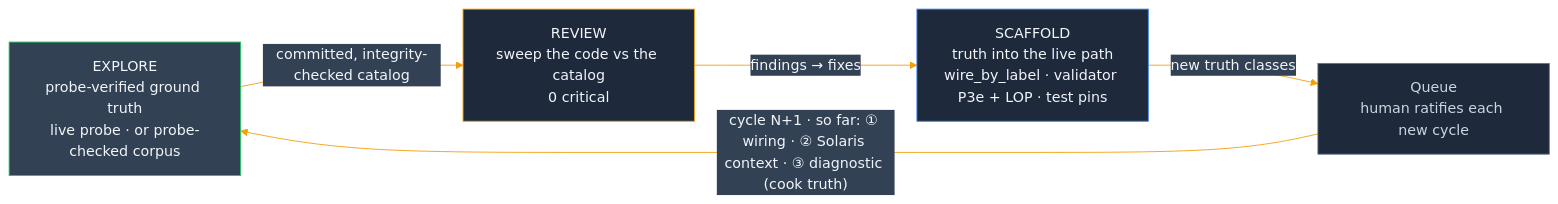
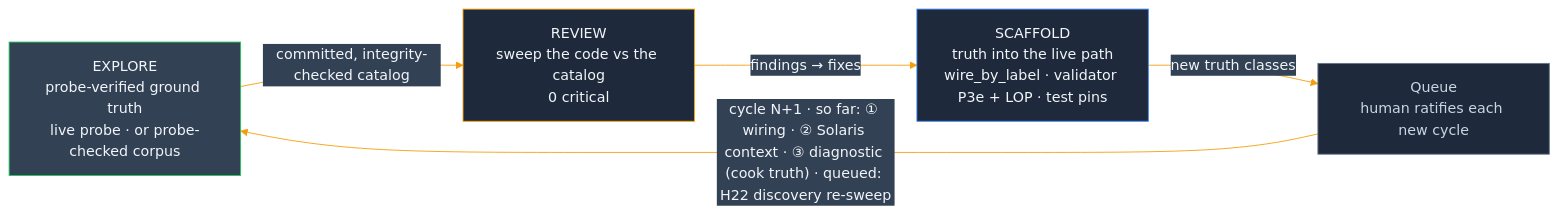
The third of 6 diagrams in README.md (JosephOIbrahim/Synapse), drawn with Mermaid before and after one commit. The commit also changed other lines of this file and 4 other files, not shown here.

````diff
--- a/README.md
+++ b/README.md
@@ -131,12 +131,12 @@
 ```mermaid
 %%{init: {'theme':'base', 'themeVariables': {'primaryColor':'#1e293b','primaryTextColor':'#f1f5f9','primaryBorderColor':'#0f172a','lineColor':'#f59e0b','secondaryColor':'#334155','tertiaryColor':'#475569'}}}%%
 flowchart LR
     EXP["EXPLORE<br/>probe-verified ground truth<br/>live probe · or probe-checked corpus"]:::hou -->|"committed, integrity-checked catalog"| REV["REVIEW<br/>sweep the code vs the catalog<br/>0 critical"]:::bridge
     REV -->|"findings → fixes"| SCAF["SCAFFOLD<br/>truth into the live path<br/>wire_by_label · validator P3e + LOP · test pins"]:::panel
     SCAF -->|"new truth classes"| NEXT["Queue<br/>human ratifies each new cycle"]:::side
-    NEXT -->|"cycle N+1 · so far: ① wiring · ② Solaris context · ③ diagnostic (cook truth)"| EXP
+    NEXT -->|"cycle N+1 · so far: ① wiring · ② Solaris context · ③ diagnostic (cook truth) · queued: H22 discovery re-sweep"| EXP
     classDef panel fill:#1e293b,stroke:#3b82f6,color:#f1f5f9
     classDef bridge fill:#1e293b,stroke:#f59e0b,color:#f1f5f9
     classDef hou fill:#334155,stroke:#22c55e,color:#f1f5f9
     classDef side fill:#1e293b,stroke:#64748b,color:#cbd5e1
 ```
````
